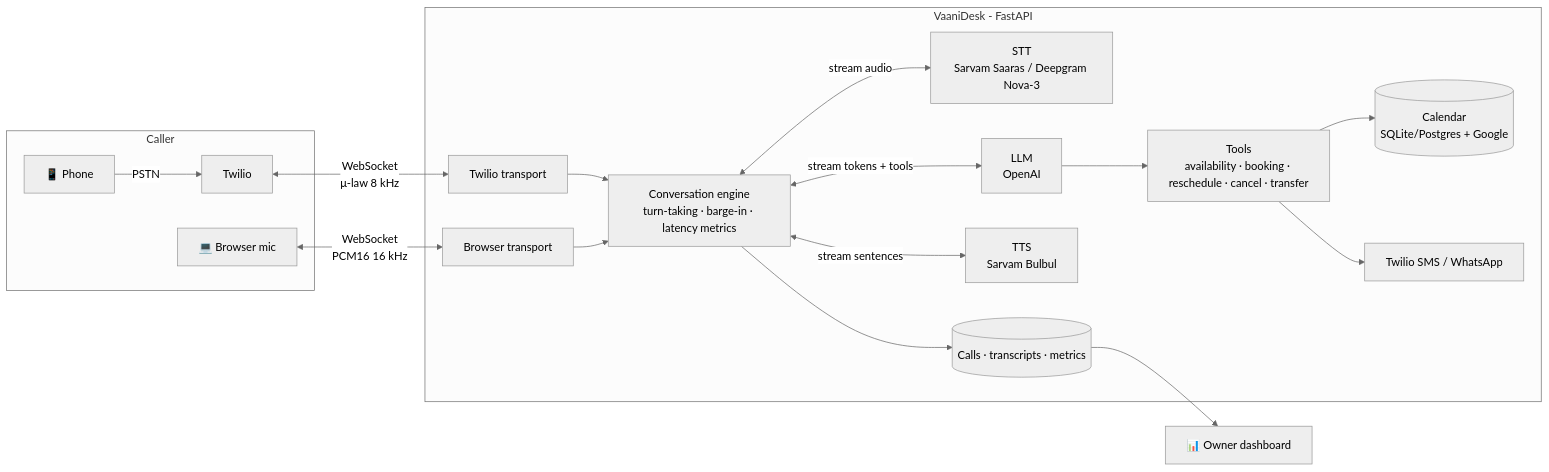
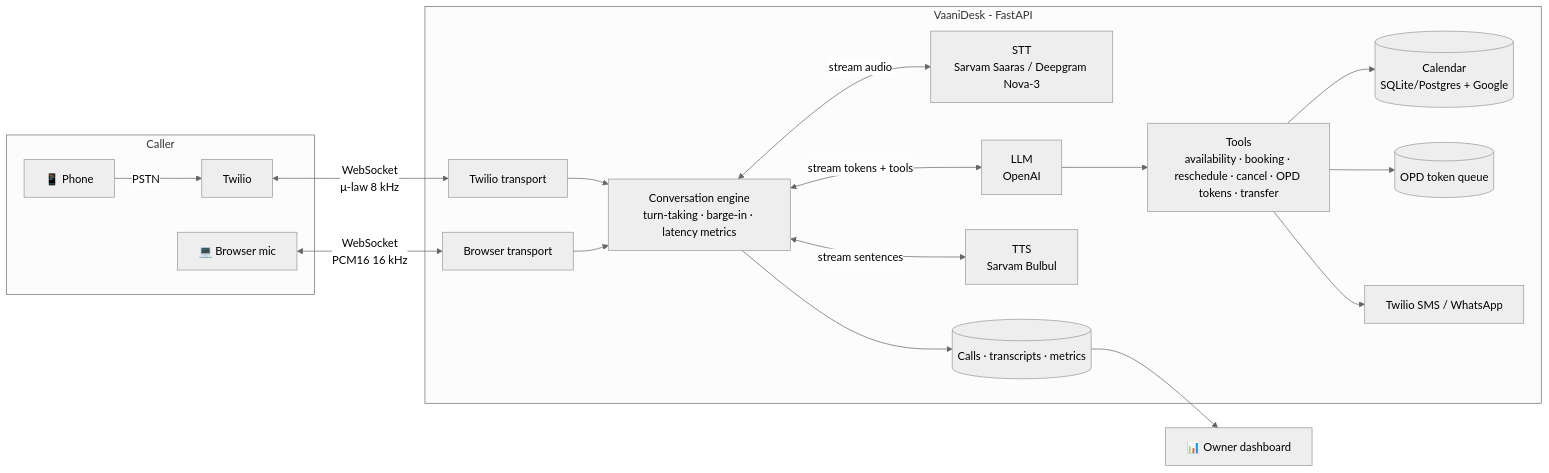
The diagram in README.md (Charan7221/vaanidesk), drawn with Mermaid (neutral theme) before and after one commit. The commit also changed other lines of this file and 26 other files, not shown here.

Commit message:
Add OPD token queue, reception screen and OPD knowledge

````diff
--- a/README.md
+++ b/README.md
@@ -54,21 +55,22 @@
 ```mermaid
 flowchart LR
     subgraph Caller
       P[📱 Phone] -->|PSTN| T[Twilio]
       B[💻 Browser mic]
     end
     T <-->|"WebSocket<br/>μ-law 8 kHz"| TW[Twilio transport]
     B <-->|"WebSocket<br/>PCM16 16 kHz"| BW[Browser transport]
 
     subgraph VaaniDesk [VaaniDesk - FastAPI]
       TW & BW --> S[Conversation engine<br/>turn-taking · barge-in · latency metrics]
       S <-->|stream audio| STT[STT<br/>Sarvam Saaras / Deepgram Nova-3]
       S <-->|stream tokens + tools| LLM[LLM<br/>OpenAI]
       S <-->|stream sentences| TTS[TTS<br/>Sarvam Bulbul]
-      LLM --> TOOLS[Tools<br/>availability · booking · reschedule · cancel · transfer]
+      LLM --> TOOLS[Tools<br/>availability · booking · reschedule · cancel · OPD tokens · transfer]
       TOOLS --> CAL[(Calendar<br/>SQLite/Postgres + Google)]
+      TOOLS --> OPD[(OPD token queue)]
       TOOLS --> SMS[Twilio SMS / WhatsApp]
       S --> DB[(Calls · transcripts · metrics)]
     end
     DB --> D[📊 Owner dashboard]
 ```
````
